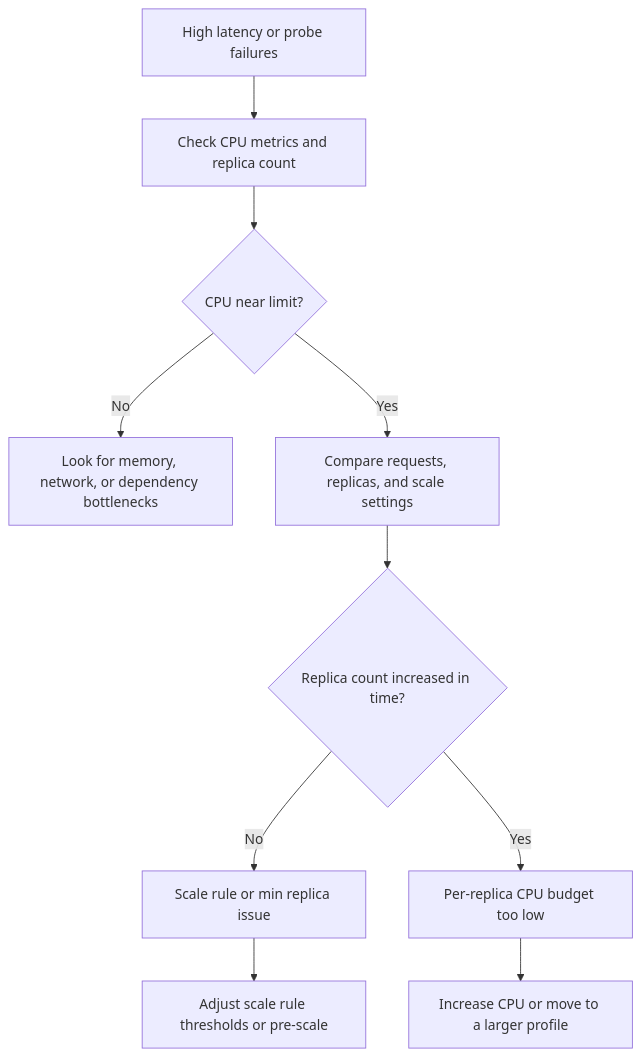
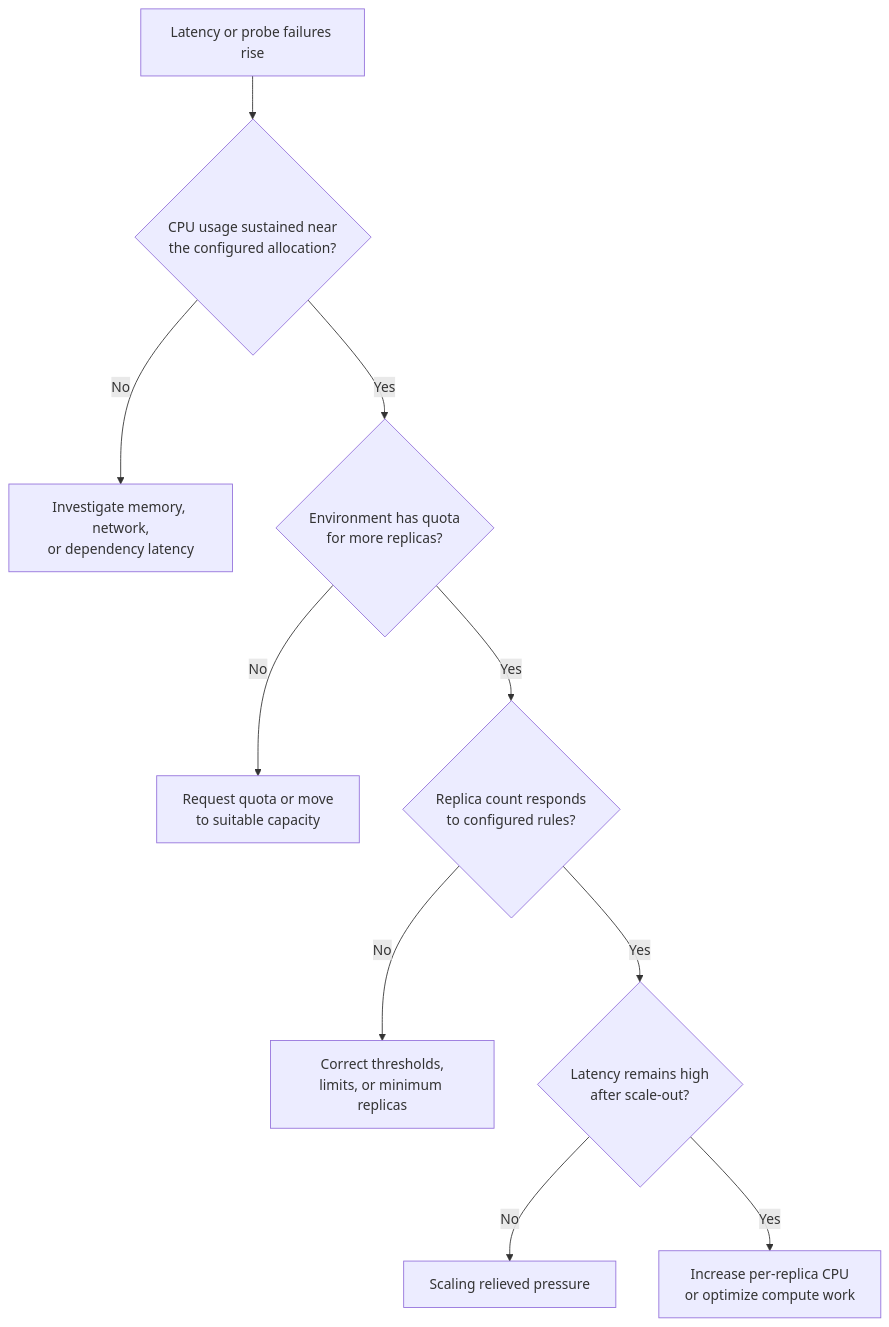
The diagram in docs/troubleshooting/playbooks/scaling-and-runtime/cpu-throttling.md (yeongseon/azure-container-apps-practical-guide), drawn with Mermaid before and after one commit. The commit also changed other lines of this file and 28 other files, not shown here.

Commit message:
docs(diagrams): migrate playbook diagnostic flows (#627)

````diff
--- a/docs/troubleshooting/playbooks/scaling-and-runtime/cpu-throttling.md
+++ b/docs/troubleshooting/playbooks/scaling-and-runtime/cpu-throttling.md
@@ -49,12 +49,15 @@
 ```mermaid
 flowchart TD
-    A[High latency or probe failures] --> B[Check CPU metrics and replica count]
-    B --> C{CPU near limit?}
-    C -->|No| D[Look for memory, network, or dependency bottlenecks]
-    C -->|Yes| E[Compare requests, replicas, and scale settings]
-    E --> F{Replica count increased in time?}
-    F -->|No| G[Scale rule or min replica issue]
-    F -->|Yes| H[Per-replica CPU budget too low]
-    G --> I[Adjust scale rule thresholds or pre-scale]
-    H --> J[Increase CPU or move to a larger profile]
+    accTitle: Separate CPU pressure from delayed scale-out
+    accDescr: Correlate CPU usage, latency, replicas, scale rules, and environment quota before changing per-replica resources or scaling thresholds.
+
+    START[Latency or probe failures rise] --> CPU{CPU usage sustained near<br/>the configured allocation?}
+    CPU -->|No| OTHER[Investigate memory, network,<br/>or dependency latency]
+    CPU -->|Yes| QUOTA{Environment has quota<br/>for more replicas?}
+    QUOTA -->|No| HEADROOM[Request quota or move<br/>to suitable capacity]
+    QUOTA -->|Yes| SCALE{Replica count responds<br/>to configured rules?}
+    SCALE -->|No| RULES[Correct thresholds,<br/>limits, or minimum replicas]
+    SCALE -->|Yes| PERREPLICA{Latency remains high<br/>after scale-out?}
+    PERREPLICA -->|No| DONE[Scaling relieved pressure]
+    PERREPLICA -->|Yes| RESOURCES[Increase per-replica CPU<br/>or optimize compute work]
 ```
````
